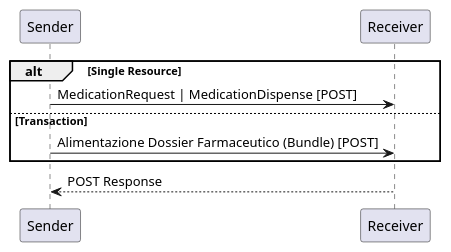
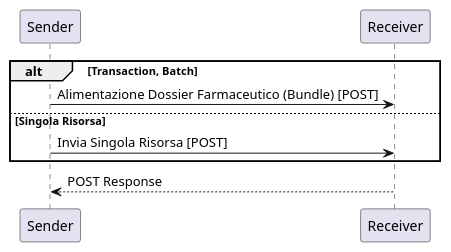
One commit to hl7-it/dossier-pharma changed the diagram in input/images-source/sequence-1.plantuml. Above: the diagram before and after it, drawn with PlantUML. The commit also changed 8 other files, not shown here.

Commit message:
Revised sequence diagrams

```diff
--- a/input/images-source/sequence-1.plantuml
+++ b/input/images-source/sequence-1.plantuml
@@ -1,8 +1,9 @@
 @startuml
-alt Single Resource
-	"Sender" -> "Receiver" : MedicationRequest | MedicationDispense [POST]
-else Transaction
+alt Transaction, Batch
 	"Sender" -> "Receiver" : Alimentazione Dossier Farmaceutico (Bundle) [POST]
+
+else Singola Risorsa
+	"Sender" -> "Receiver" : Invia Singola Risorsa [POST]
 end
 	"Receiver" --> "Sender" : POST Response
 @enduml
```
